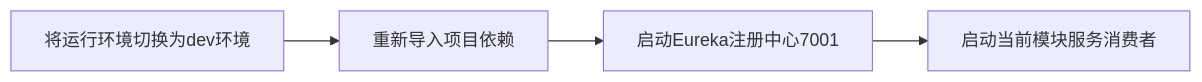
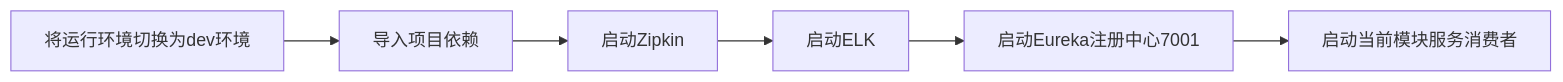
One commit to lingwh1995/books changed diagram 30 of 40 in backend/springcloud/springcloud-eureka/springcloud-eureka.md. Above: the diagram before and after it, drawn with Mermaid. The commit also changed other lines of this file, not shown here.

````diff
--- a/backend/springcloud/springcloud-eureka/springcloud-eureka.md
+++ b/backend/springcloud/springcloud-eureka/springcloud-eureka.md
@@ -2455,6 +2441,8 @@
 ```mermaid
 flowchart LR
-    将运行环境切换为dev环境-->重新导入项目依赖
-    重新导入项目依赖-->启动Eureka注册中心7001
+    将运行环境切换为dev环境-->导入项目依赖
+    导入项目依赖-->启动Zipkin
+    启动Zipkin-->启动ELK
+    启动ELK-->启动Eureka注册中心7001
     启动Eureka注册中心7001-->启动当前模块服务消费者
 ```
````
